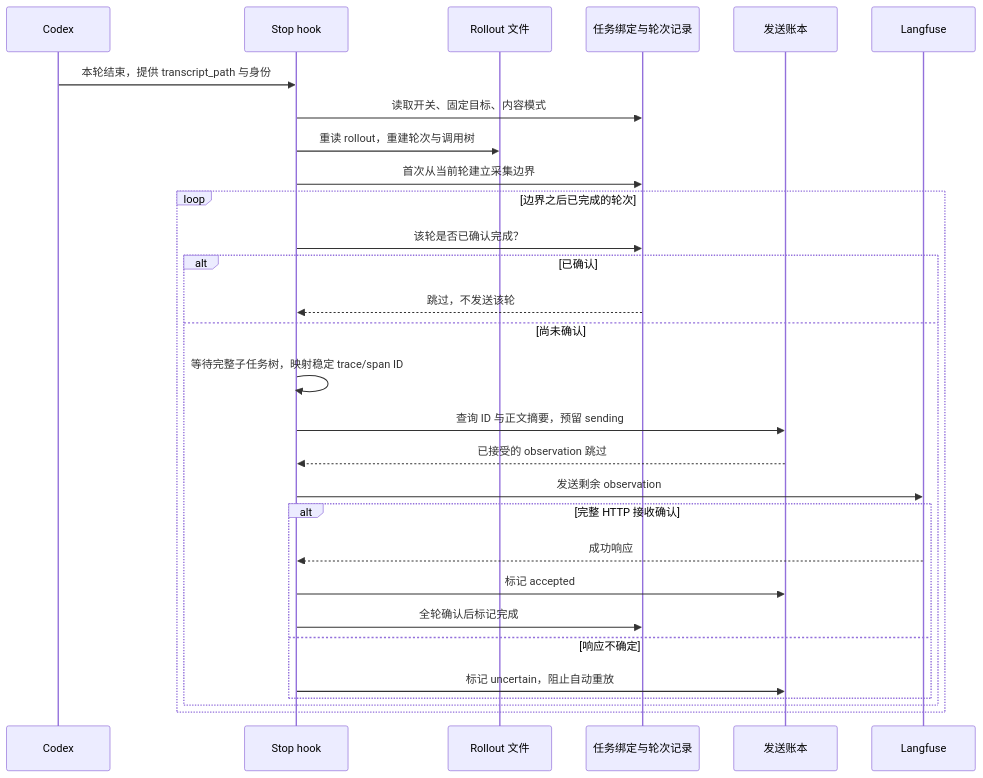
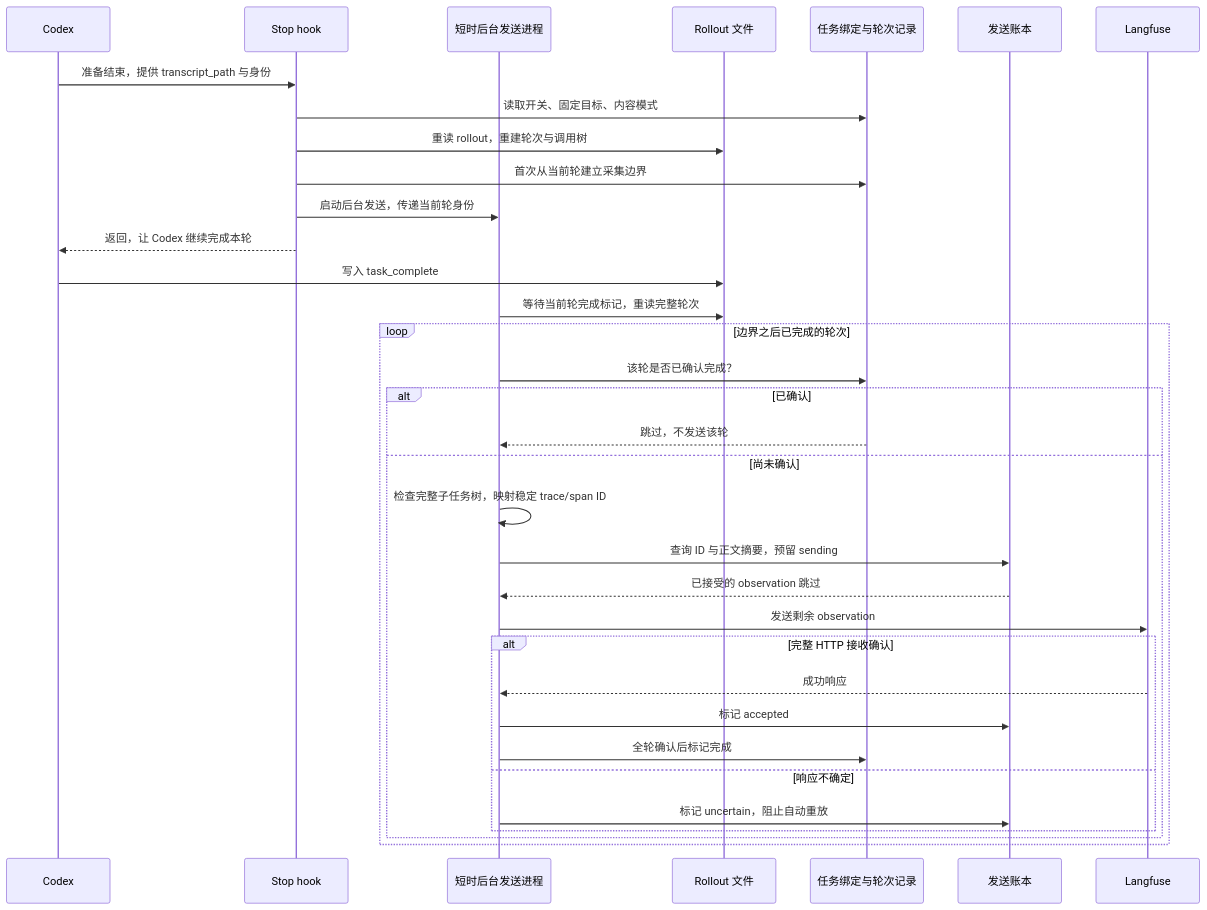
Before and after one commit to fine405/langfuse-helper: the first of 3 diagrams in docs/architecture/sequences.md, drawn with Mermaid. The commit also changed other lines of this file and 8 other files, not shown here.

````diff
--- a/docs/architecture/sequences.md
+++ b/docs/architecture/sequences.md
@@ -5,31 +5,36 @@
 ```mermaid
 sequenceDiagram
   participant A as Codex
   participant H as Stop hook
+  participant S as 短时后台发送进程
   participant R as Rollout 文件
   participant B as 任务绑定与轮次记录
   participant D as 发送账本
   participant L as Langfuse
-  A->>H: 本轮结束，提供 transcript_path 与身份
+  A->>H: 准备结束，提供 transcript_path 与身份
   H->>B: 读取开关、固定目标、内容模式
   H->>R: 重读 rollout，重建轮次与调用树
   H->>B: 首次从当前轮建立采集边界
+  H->>S: 启动后台发送，传递当前轮身份
+  H-->>A: 返回，让 Codex 继续完成本轮
+  A->>R: 写入 task_complete
+  S->>R: 等待当前轮完成标记，重读完整轮次
   loop 边界之后已完成的轮次
-    H->>B: 该轮是否已确认完成？
+    S->>B: 该轮是否已确认完成？
     alt 已确认
-      B-->>H: 跳过，不发送该轮
+      B-->>S: 跳过，不发送该轮
     else 尚未确认
-      H->>H: 等待完整子任务树，映射稳定 trace/span ID
-      H->>D: 查询 ID 与正文摘要，预留 sending
-      D-->>H: 已接受的 observation 跳过
-      H->>L: 发送剩余 observation
+      S->>S: 检查完整子任务树，映射稳定 trace/span ID
+      S->>D: 查询 ID 与正文摘要，预留 sending
+      D-->>S: 已接受的 observation 跳过
+      S->>L: 发送剩余 observation
       alt 完整 HTTP 接收确认
-        L-->>H: 成功响应
-        H->>D: 标记 accepted
-        H->>B: 全轮确认后标记完成
+        L-->>S: 成功响应
+        S->>D: 标记 accepted
+        S->>B: 全轮确认后标记完成
       else 响应不确定
-        H->>D: 标记 uncertain，阻止自动重放
+        S->>D: 标记 uncertain，阻止自动重放
       end
     end
   end
 ```
````
